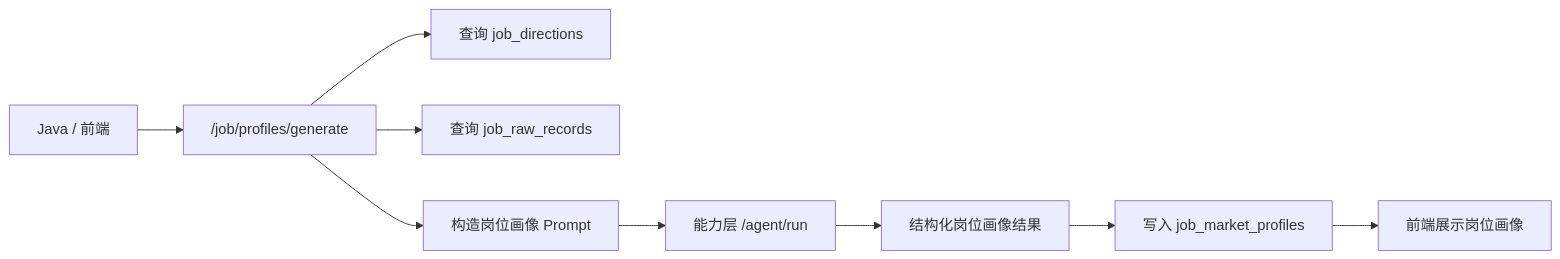
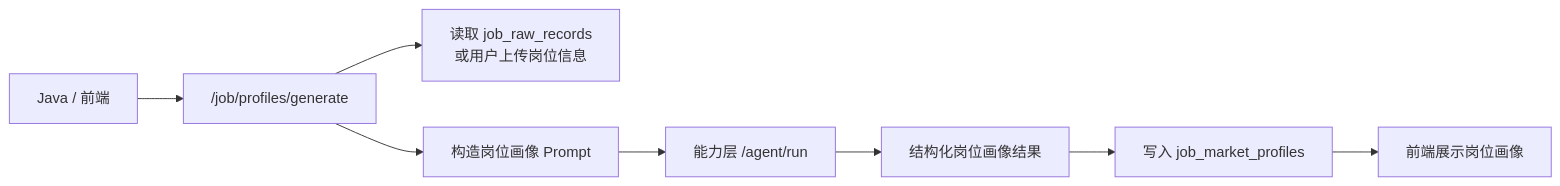
The fourth of 6 diagrams in docs/架构图.md (Auhyuan/CareerOS), drawn with Mermaid before and after one commit. The commit also changed other lines of this file and 20 other files, not shown here.

````diff
--- a/docs/架构图.md
+++ b/docs/架构图.md
@@ -76,11 +76,10 @@
 ```mermaid
 flowchart LR
     Java["Java / 前端"] --> Generate["/job/profiles/generate"]
-    Generate --> Direction["查询 job_directions"]
-    Generate --> Samples["查询 job_raw_records"]
+    Generate --> Samples["读取 job_raw_records<br/>或用户上传岗位信息"]
     Generate --> Prompt["构造岗位画像 Prompt"]
     Prompt --> Agent["能力层 /agent/run"]
     Agent --> Result["结构化岗位画像结果"]
     Result --> Save["写入 job_market_profiles"]
     Save --> Page["前端展示岗位画像"]
 ```
````
